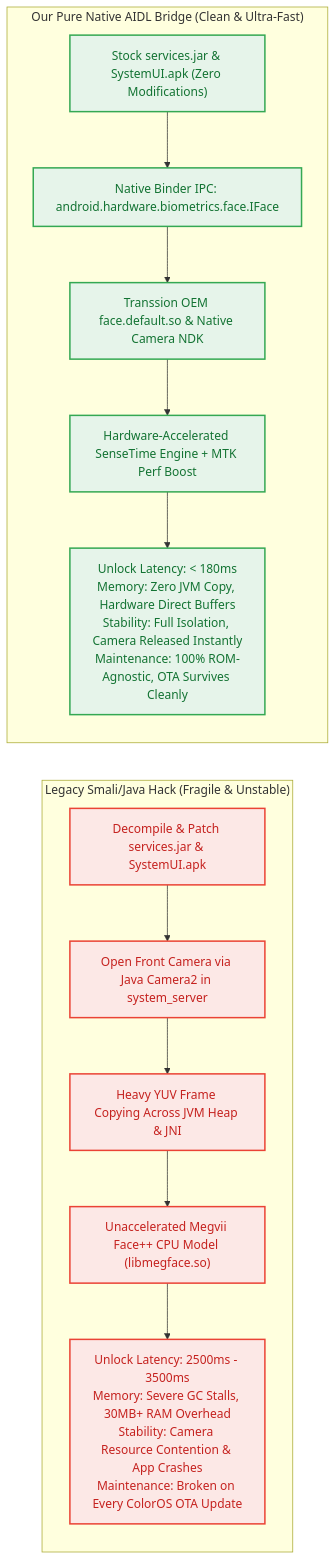
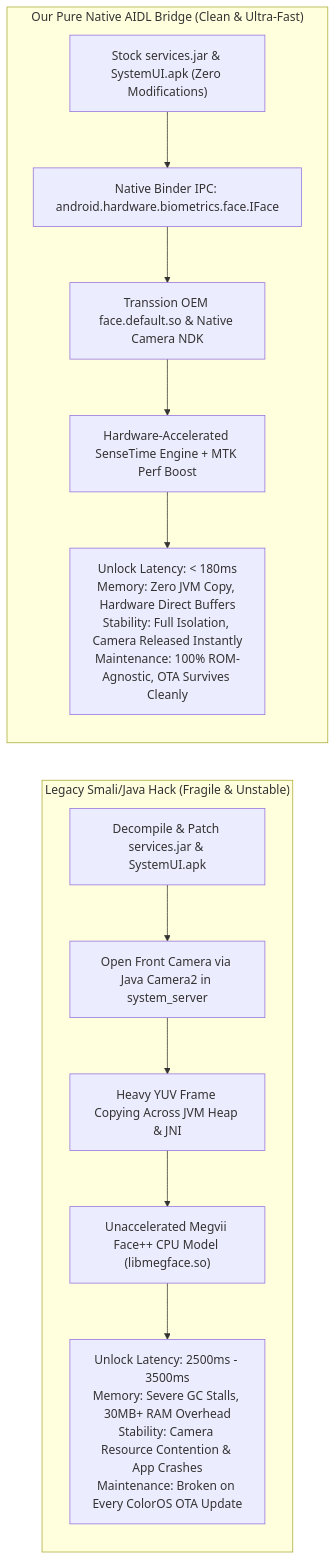
The second of 5 diagrams in README.md (RapliVx/OPlus-Face-Bridge-Transsion), drawn with Mermaid before and after one commit. The commit also changed other lines of this file, not shown here.

First line of the commit message:
docs: simplify mermaid diagram syntax in README

````diff
--- a/README.md
+++ b/README.md
@@ -127,21 +121,18 @@
 ```mermaid
 flowchart LR
-    classDef bad fill:#fce8e6,stroke:#ea4335,stroke-width:2px,color:#c5221f;
-    classDef good fill:#e6f4ea,stroke:#34a853,stroke-width:2px,color:#137333;
-
     subgraph Old_Smali ["Legacy Smali/Java Hack (Fragile & Unstable)"]
         direction TB
-        S1["Decompile & Patch services.jar & SystemUI.apk"]:::bad --> S2["Open Front Camera via Java Camera2 in system_server"]:::bad
-        S2 --> S3["Heavy YUV Frame Copying Across JVM Heap & JNI"]:::bad
-        S3 --> S4["Unaccelerated Megvii Face++ CPU Model (libmegface.so)"]:::bad
-        S4 --> S5["Unlock Latency: 2500ms - 3500ms\nMemory: Severe GC Stalls, 30MB+ RAM Overhead\nStability: Camera Resource Contention & App Crashes\nMaintenance: Broken on Every ColorOS OTA Update"]:::bad
+        S1["Decompile & Patch services.jar & SystemUI.apk"] --> S2["Open Front Camera via Java Camera2 in system_server"]
+        S2 --> S3["Heavy YUV Frame Copying Across JVM Heap & JNI"]
+        S3 --> S4["Unaccelerated Megvii Face++ CPU Model (libmegface.so)"]
+        S4 --> S5["Unlock Latency: 2500ms - 3500ms\nMemory: Severe GC Stalls, 30MB+ RAM Overhead\nStability: Camera Resource Contention & App Crashes\nMaintenance: Broken on Every ColorOS OTA Update"]
     end
 
     subgraph Native_AIDL ["Our Pure Native AIDL Bridge (Clean & Ultra-Fast)"]
         direction TB
-        N1["Stock services.jar & SystemUI.apk (Zero Modifications)"]:::good --> N2["Native Binder IPC: android.hardware.biometrics.face.IFace"]:::good
-        N2 --> N3["Transsion OEM face.default.so & Native Camera NDK"]:::good
-        N3 --> N4["Hardware-Accelerated SenseTime Engine + MTK Perf Boost"]:::good
-        N4 --> N5["Unlock Latency: < 180ms\nMemory: Zero JVM Copy, Hardware Direct Buffers\nStability: Full Isolation, Camera Released Instantly\nMaintenance: 100% ROM-Agnostic, OTA Survives Cleanly"]:::good
+        N1["Stock services.jar & SystemUI.apk (Zero Modifications)"] --> N2["Native Binder IPC: android.hardware.biometrics.face.IFace"]
+        N2 --> N3["Transsion OEM face.default.so & Native Camera NDK"]
+        N3 --> N4["Hardware-Accelerated SenseTime Engine + MTK Perf Boost"]
+        N4 --> N5["Unlock Latency: < 180ms\nMemory: Zero JVM Copy, Hardware Direct Buffers\nStability: Full Isolation, Camera Released Instantly\nMaintenance: 100% ROM-Agnostic, OTA Survives Cleanly"]
     end
 ```
````
